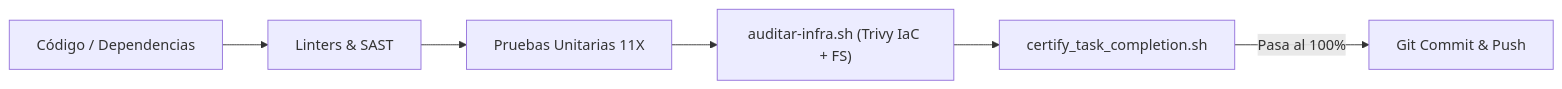
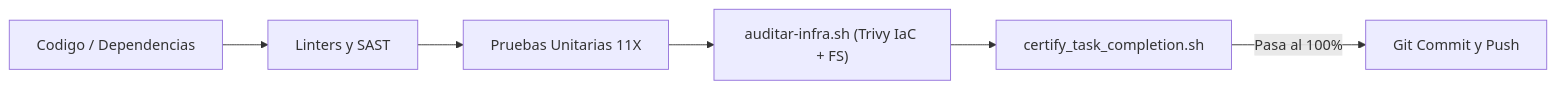
Before and after one commit to tecno-consultores/qa-testing-blueprints: the second of 2 diagrams in SECURITY.md, drawn with Mermaid. The commit also changed other lines of this file and 31 other files, not shown here.

Commit message:
docs(11x): restaurar matriz de herramientas, actualizar tags Docker Hub y corregir diagramas Mermaid

````diff
--- a/SECURITY.md
+++ b/SECURITY.md
@@ -187,8 +187,8 @@
 ```mermaid
 flowchart LR
-    DEV[Código / Dependencias] --> LINT[Linters & SAST]
-    LINT --> TEST[Pruebas Unitarias 11X]
+    DEV["Codigo / Dependencias"] --> LINT["Linters y SAST"]
+    LINT --> TEST["Pruebas Unitarias 11X"]
     TEST --> AUDIT["auditar-infra.sh (Trivy IaC + FS)"]
-    AUDIT --> GATE[certify_task_completion.sh]
-    GATE -->|Pasa al 100%| GIT[Git Commit & Push]
+    AUDIT --> GATE["certify_task_completion.sh"]
+    GATE -->|"Pasa al 100%"| GIT["Git Commit y Push"]
 ```
````
